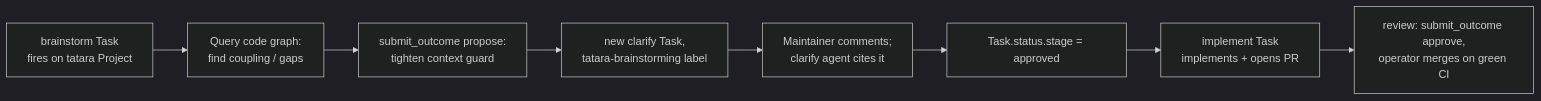
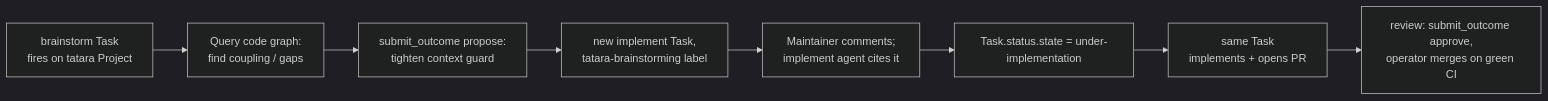
Before and after one commit to szymonrychu/tatara-documentation: the first of 2 diagrams in docs/concepts/self-improvement.md, drawn with Mermaid (dark theme). The commit also changed other lines of this file and 42 other files, not shown here.

````diff
--- a/docs/concepts/self-improvement.md
+++ b/docs/concepts/self-improvement.md
@@ -69,10 +69,10 @@
 ```mermaid
 flowchart LR
     A[brainstorm Task<br/>fires on tatara Project] --> B[Query code graph:<br/>find coupling / gaps]
     B --> C[submit_outcome propose:<br/>tighten context guard]
-    C --> D[new clarify Task,<br/>tatara-brainstorming label]
-    D --> E[Maintainer comments;<br/>clarify agent cites it]
-    E --> F[Task.status.stage = approved]
-    F --> G[implement Task<br/>implements + opens PR]
+    C --> D[new implement Task,<br/>tatara-brainstorming label]
+    D --> E[Maintainer comments;<br/>implement agent cites it]
+    E --> F[Task.status.state = under-implementation]
+    F --> G[same Task<br/>implements + opens PR]
     G --> H[review: submit_outcome approve,<br/>operator merges on green CI]
 ```
````
